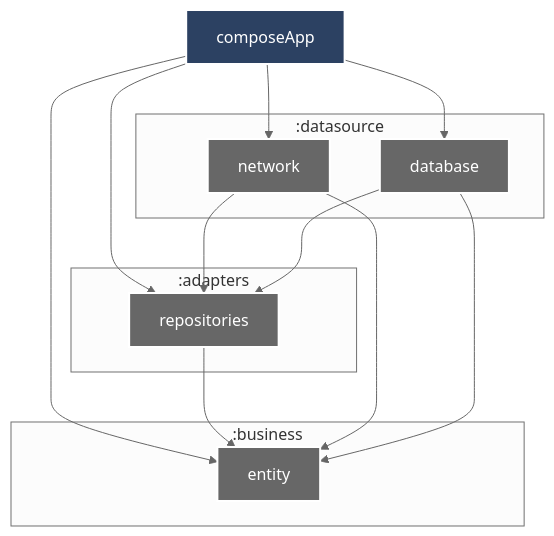
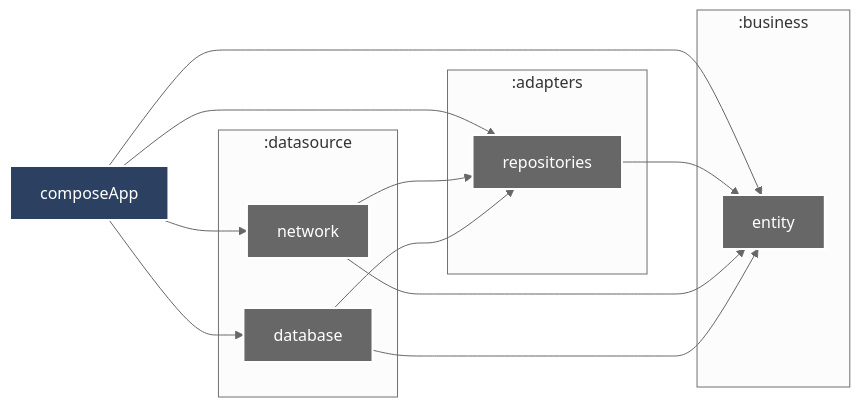
The diagram in MERMAID.md (enirsilvaferraz/Pokedex), drawn with Mermaid before and after one commit.

Commit message:
Fix: Correct diagram orientation in MERMAID.md
This commit changes the graph orientation in the MERMAID.md file from Top-to-Bottom (TB) to Left-to-Right (LR).

````diff
--- a/MERMAID.md
+++ b/MERMAID.md
@@ -3,39 +3,39 @@
 ```mermaid
 %%{
   init: {
     'theme': 'neutral'
   }
 }%%
 
-graph TB
+graph LR
   :composeApp["composeApp"]
   subgraph :business
     :business:entity["entity"]
   end
   subgraph :adapters
     :adapters:repositories["repositories"]
   end
   subgraph :datasource
     :datasource:network["network"]
     :datasource:database["database"]
   end
 
   :composeApp --> :business:entity
   :composeApp --> :adapters:repositories
   :composeApp --> :datasource:network
   :composeApp --> :datasource:database
   :adapters:repositories --> :business:entity
   :datasource:network --> :business:entity
   :datasource:network --> :adapters:repositories
   :datasource:database --> :business:entity
   :datasource:database --> :adapters:repositories
 
 classDef android-application fill:#2C4162,stroke:#fff,stroke-width:2px,color:#fff;
 classDef unknown fill:#676767,stroke:#fff,stroke-width:2px,color:#fff;
 class :composeApp android-application
 class :business:entity unknown
 class :adapters:repositories unknown
 class :datasource:network unknown
 class :datasource:database unknown
 
 ```
````
